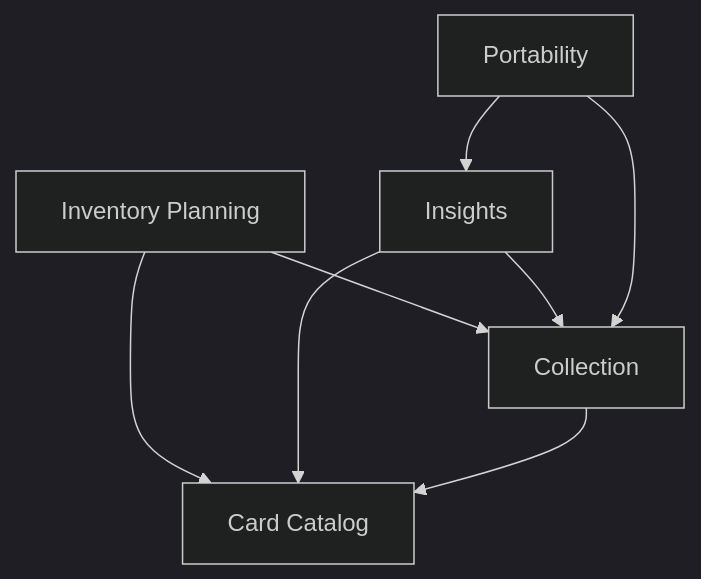
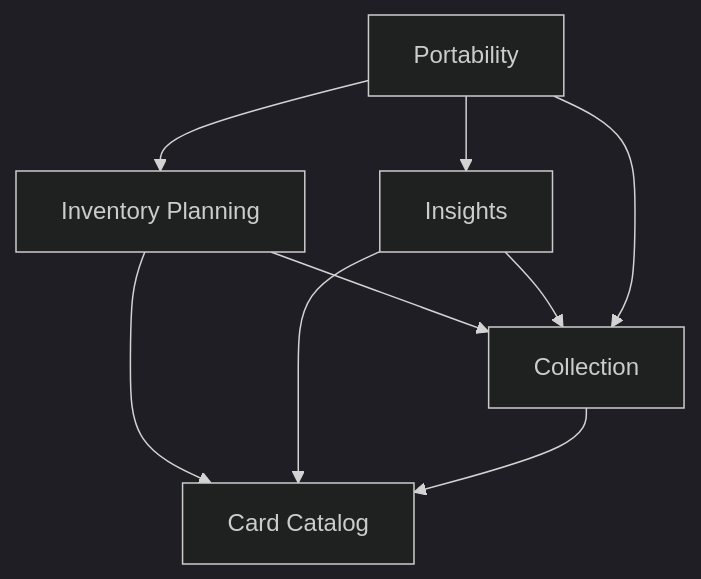
One commit to NicoVIII/tcg-card-collector changed the diagram in docs/dev/architecture.md. Above: the diagram before and after it, drawn with Mermaid (dark theme). The commit also changed other lines of this file and 41 other files, not shown here.

First line of the commit message:
inventory_planning, portability: export and import rules, bulk spec, placed ledger (#119)

````diff
--- a/docs/dev/architecture.md
+++ b/docs/dev/architecture.md
@@ -29,10 +29,11 @@
 ```mermaid
 graph TD
     InventoryPlanning[Inventory Planning] --> CardCatalog[Card Catalog]
     InventoryPlanning --> Collection
     Insights --> CardCatalog
     Insights --> Collection
     Collection --> CardCatalog
     Portability --> Collection
     Portability --> Insights
+    Portability --> InventoryPlanning
 ```
````
